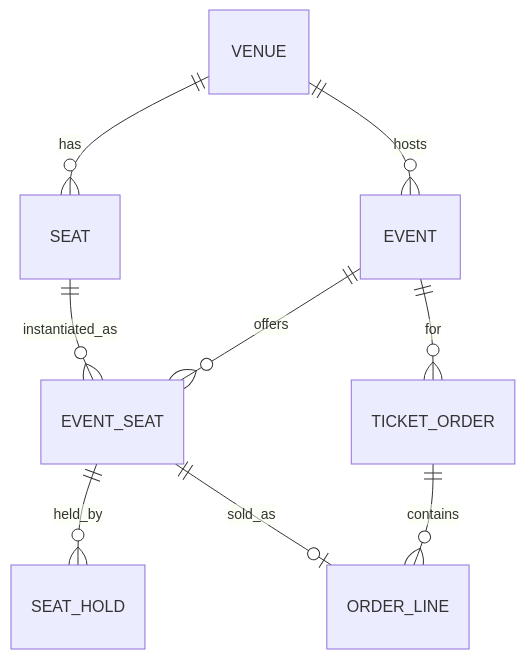
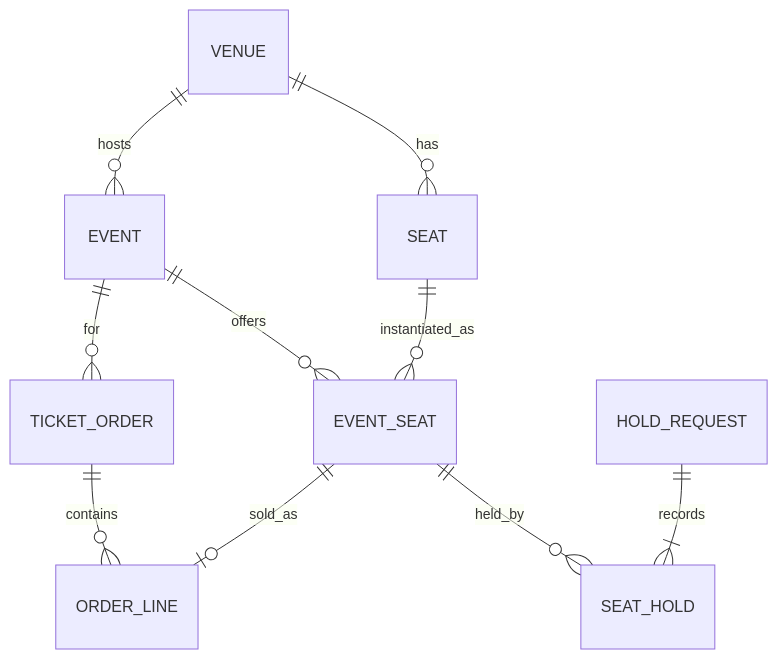
The second of 2 diagrams in docs/superpowers/specs/2026-09-17-frontrow-design.md (markusluisflores/frontrow), drawn with Mermaid before and after one commit. The commit also changed other lines of this file and 1 other file, not shown here.

````diff
--- a/docs/superpowers/specs/2026-09-17-frontrow-design.md
+++ b/docs/superpowers/specs/2026-09-17-frontrow-design.md
@@ -126,11 +154,12 @@
 ```mermaid
 erDiagram
     VENUE ||--o{ SEAT : has
     VENUE ||--o{ EVENT : hosts
     EVENT ||--o{ EVENT_SEAT : offers
     SEAT ||--o{ EVENT_SEAT : instantiated_as
     EVENT_SEAT ||--o{ SEAT_HOLD : held_by
     EVENT_SEAT ||--o| ORDER_LINE : sold_as
     TICKET_ORDER ||--o{ ORDER_LINE : contains
     EVENT ||--o{ TICKET_ORDER : for
+    HOLD_REQUEST ||--|{ SEAT_HOLD : records
 ```
````
